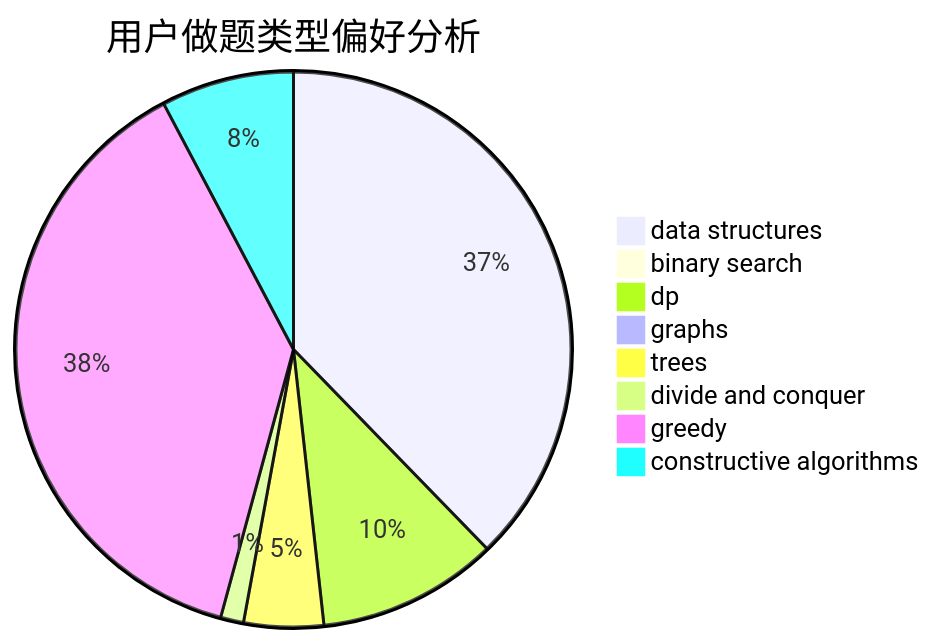
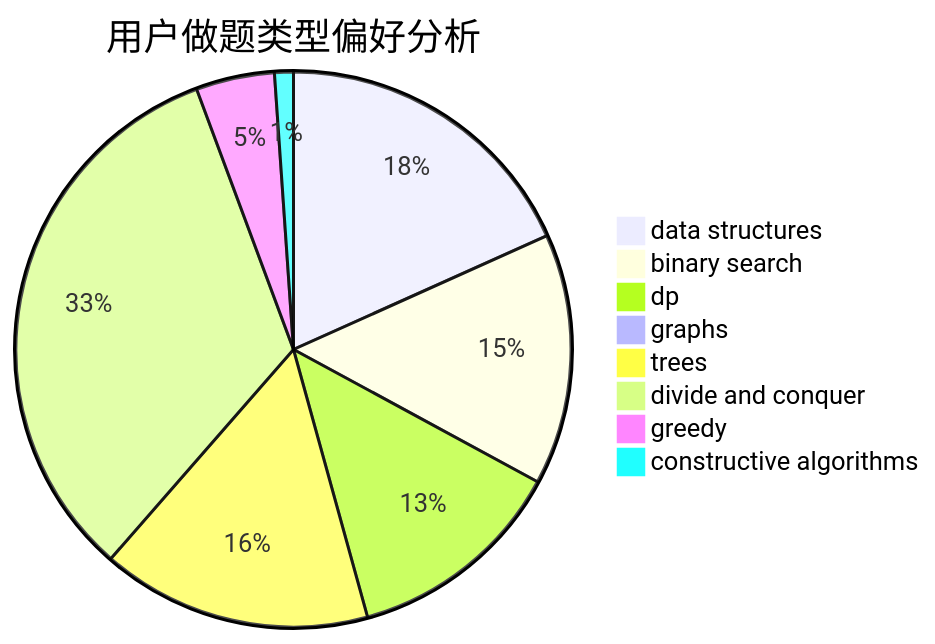
The second of 3 diagrams in docs/user/u1329.md (sherpahu/cfrs.github.io), drawn with Mermaid before and after one commit. The commit also changed other lines of this file and 2770 other files, not shown here.

````diff
--- a/docs/user/u1329.md
+++ b/docs/user/u1329.md
@@ -23,11 +23,11 @@
 ```mermaid
 pie title 用户做题类型偏好分析
-    "data structures" :  366
-    "binary search" :  9
-    "dp" :  102
-    "graphs" :  5
-    "trees" :  45
-    "divide and conquer" :  13
-    "greedy" :  369
-    "constructive algorithms" :  75
+    "data structures" :  100
+    "binary search" :  80
+    "dp" :  70
+    "graphs" :  3
+    "trees" :  86
+    "divide and conquer" :  180
+    "greedy" :  25
+    "constructive algorithms" :  6
 ```
````
